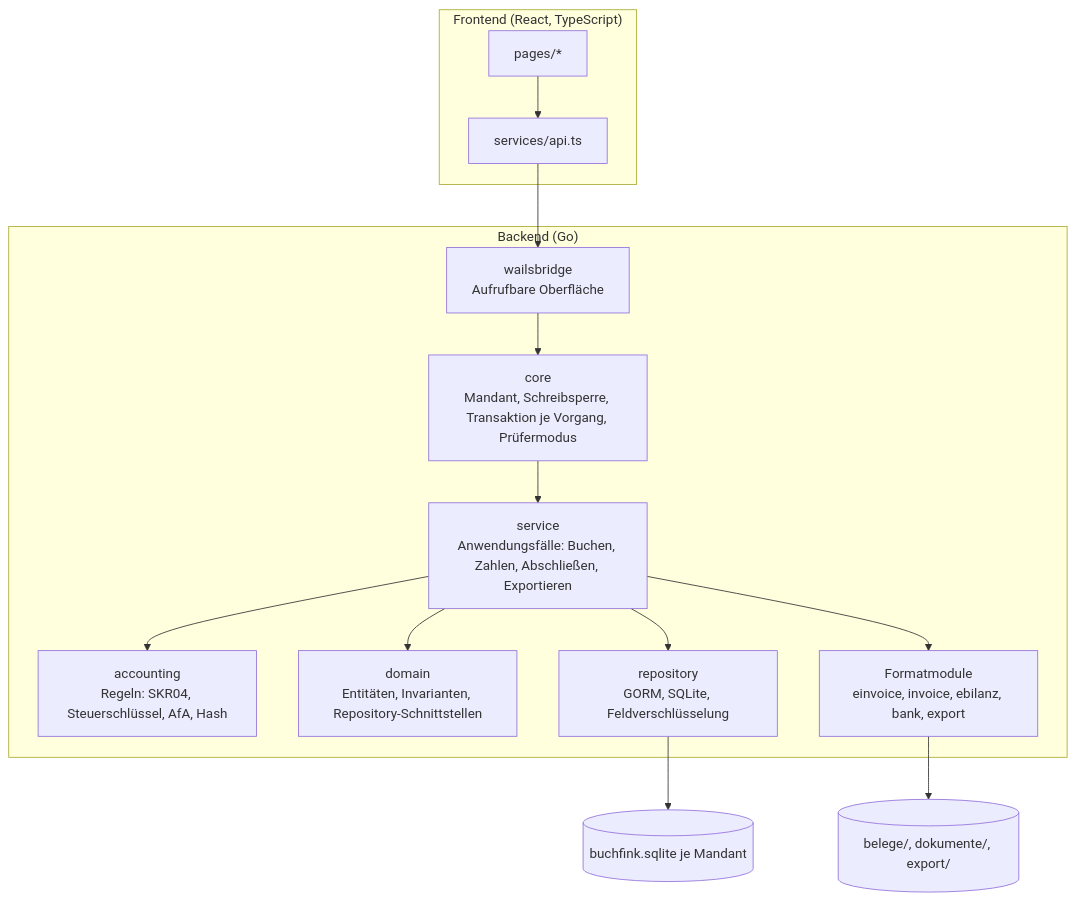
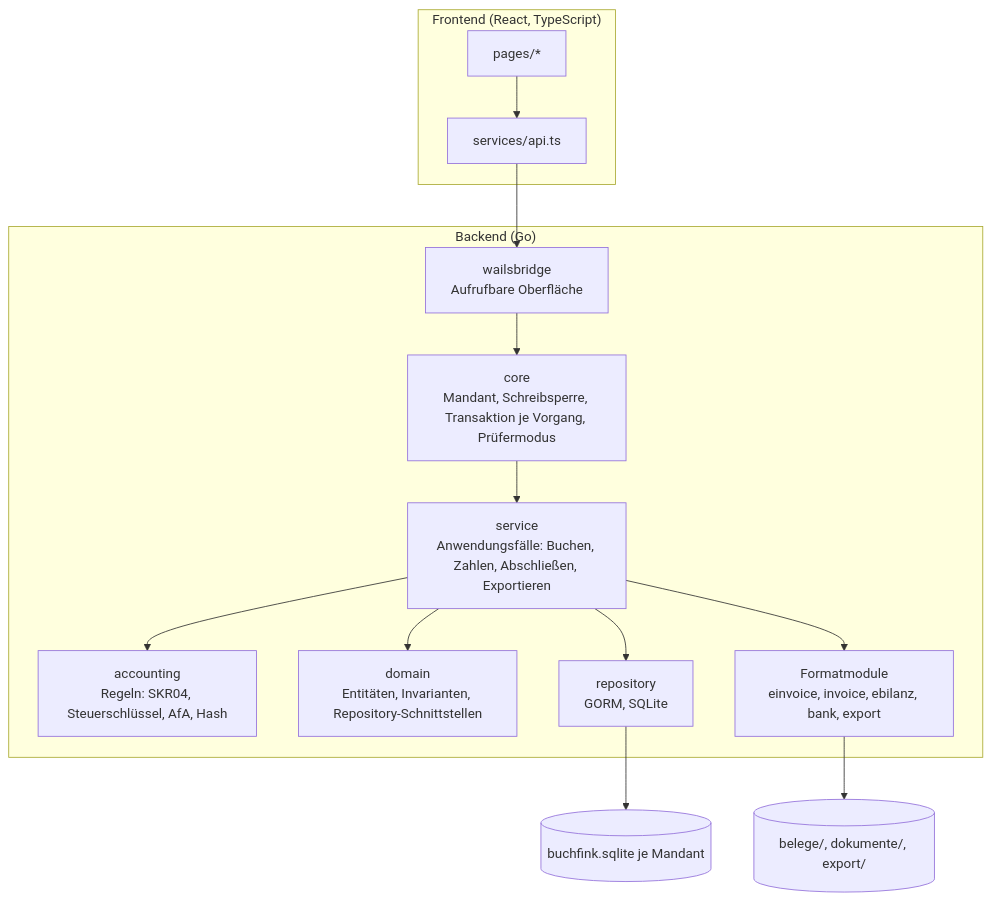
Before and after one commit to mxzinke/buchfink: the second of 4 diagrams in docs/entwicklung/architektur.md, drawn with Mermaid. The commit also changed other lines of this file and 20 other files, not shown here.

````diff
--- a/docs/entwicklung/architektur.md
+++ b/docs/entwicklung/architektur.md
@@ -84,17 +84,17 @@
 ```mermaid
 flowchart TB
     subgraph Frontend["Frontend (React, TypeScript)"]
         P["pages/*"] --> API["services/api.ts"]
     end
     API --> BR["wailsbridge<br/>Aufrufbare Oberfläche"]
     subgraph Backend["Backend (Go)"]
         BR --> CORE["core<br/>Mandant, Schreibsperre, Transaktion je Vorgang, Prüfermodus"]
         CORE --> SVC["service<br/>Anwendungsfälle: Buchen, Zahlen, Abschließen, Exportieren"]
         SVC --> ACC["accounting<br/>Regeln: SKR04, Steuerschlüssel, AfA, Hash"]
         SVC --> DOM["domain<br/>Entitäten, Invarianten, Repository-Schnittstellen"]
-        SVC --> REP["repository<br/>GORM, SQLite, Feldverschlüsselung"]
+        SVC --> REP["repository<br/>GORM, SQLite"]
         SVC --> FMT["Formatmodule<br/>einvoice, invoice, ebilanz, bank, export"]
     end
     REP --> DB[("buchfink.sqlite je Mandant")]
     FMT --> FS[("belege/, dokumente/, export/")]
 ```
````
